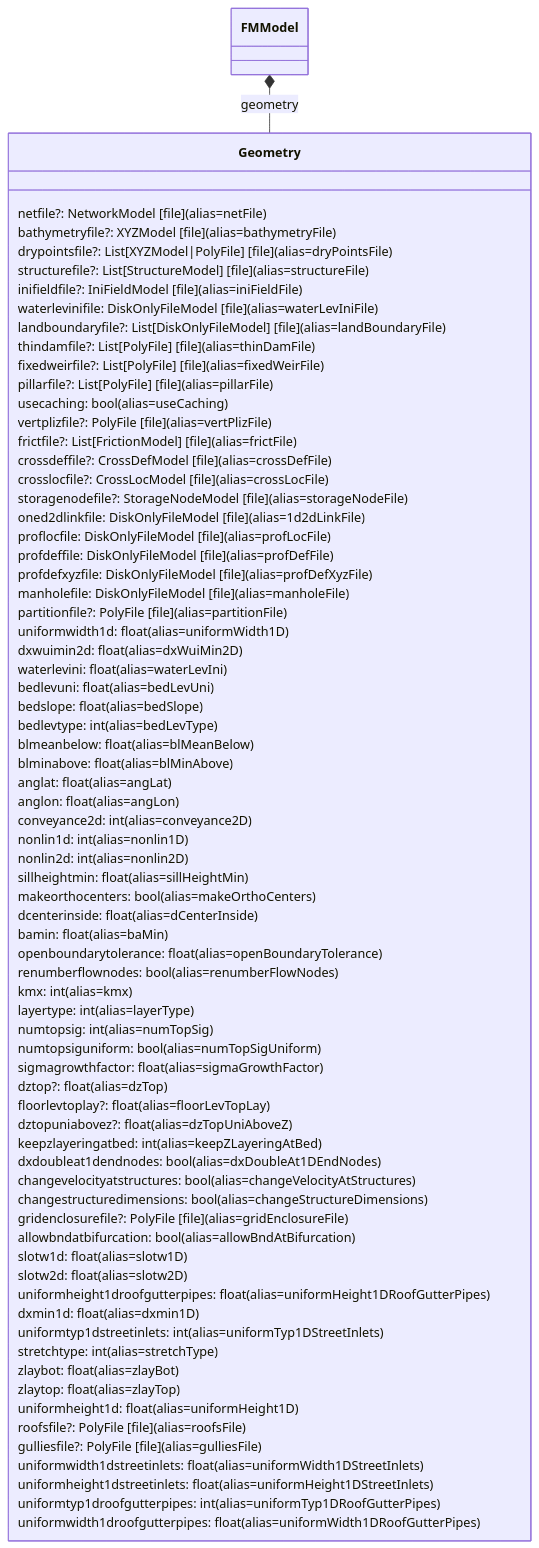
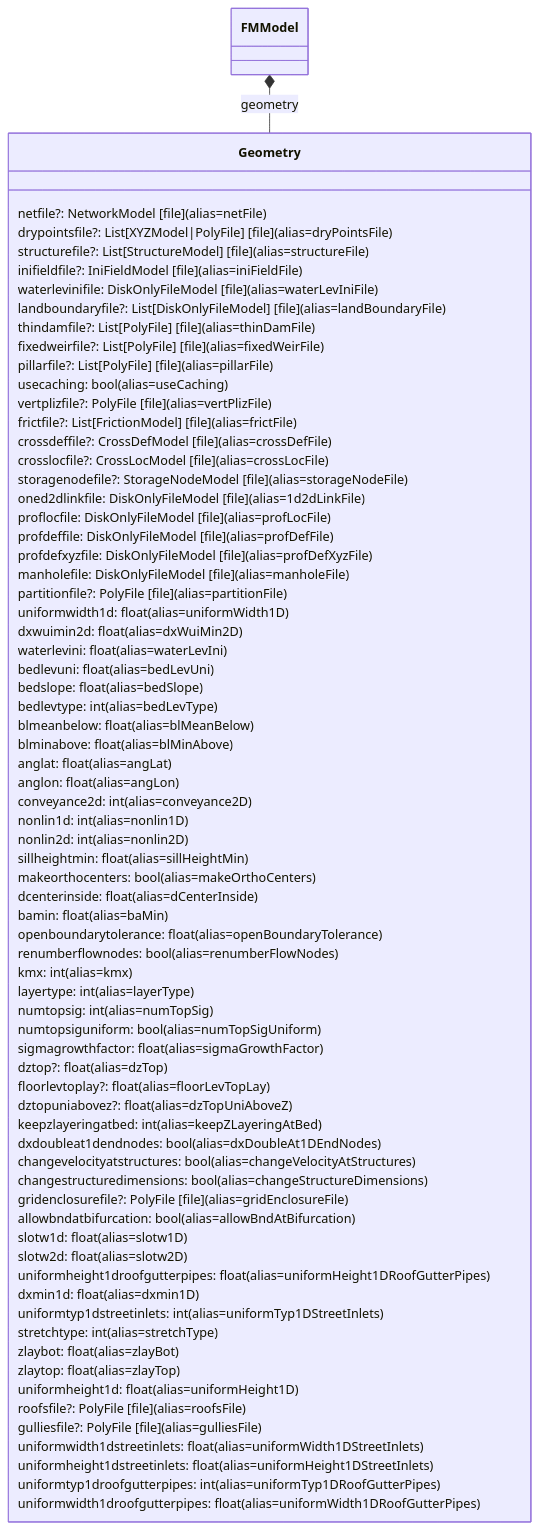
One commit to Deltares/HYDROLIB-core changed the second of 8 diagrams in docs/reference/dflowfm/mdu/fm-model-attributes-detailed.md. Above: the diagram before and after it, drawn with Mermaid. The commit also changed 1 other file, not shown here.

Commit message:
feat(models): remove deprecated 'bathymetryfile' field from model attributes

````diff
--- a/docs/reference/dflowfm/mdu/fm-model-attributes-detailed.md
+++ b/docs/reference/dflowfm/mdu/fm-model-attributes-detailed.md
@@ -129,81 +129,80 @@
 ```mermaid
 classDiagram
     direction TB
 
     class Geometry {
       netfile?: NetworkModel [file] (alias=netFile)
-      bathymetryfile?: XYZModel [file] (alias=bathymetryFile)
       drypointsfile?: List[XYZModel|PolyFile] [file] (alias=dryPointsFile)
       structurefile?: List[StructureModel] [file] (alias=structureFile)
       inifieldfile?: IniFieldModel [file] (alias=iniFieldFile)
       waterlevinifile: DiskOnlyFileModel [file] (alias=waterLevIniFile)
       landboundaryfile?: List[DiskOnlyFileModel] [file] (alias=landBoundaryFile)
       thindamfile?: List[PolyFile] [file] (alias=thinDamFile)
       fixedweirfile?: List[PolyFile] [file] (alias=fixedWeirFile)
       pillarfile?: List[PolyFile] [file] (alias=pillarFile)
       usecaching: bool (alias=useCaching)
       vertplizfile?: PolyFile [file] (alias=vertPlizFile)
       frictfile?: List[FrictionModel] [file] (alias=frictFile)
       crossdeffile?: CrossDefModel [file] (alias=crossDefFile)
       crosslocfile?: CrossLocModel [file] (alias=crossLocFile)
       storagenodefile?: StorageNodeModel [file] (alias=storageNodeFile)
       oned2dlinkfile: DiskOnlyFileModel [file] (alias=1d2dLinkFile)
       proflocfile: DiskOnlyFileModel [file] (alias=profLocFile)
       profdeffile: DiskOnlyFileModel [file] (alias=profDefFile)
       profdefxyzfile: DiskOnlyFileModel [file] (alias=profDefXyzFile)
       manholefile: DiskOnlyFileModel [file] (alias=manholeFile)
       partitionfile?: PolyFile [file] (alias=partitionFile)
       uniformwidth1d: float (alias=uniformWidth1D)
       dxwuimin2d: float (alias=dxWuiMin2D)
       waterlevini: float (alias=waterLevIni)
       bedlevuni: float (alias=bedLevUni)
       bedslope: float (alias=bedSlope)
       bedlevtype: int (alias=bedLevType)
       blmeanbelow: float (alias=blMeanBelow)
       blminabove: float (alias=blMinAbove)
       anglat: float (alias=angLat)
       anglon: float (alias=angLon)
       conveyance2d: int (alias=conveyance2D)
       nonlin1d: int (alias=nonlin1D)
       nonlin2d: int (alias=nonlin2D)
       sillheightmin: float (alias=sillHeightMin)
       makeorthocenters: bool (alias=makeOrthoCenters)
       dcenterinside: float (alias=dCenterInside)
       bamin: float (alias=baMin)
       openboundarytolerance: float (alias=openBoundaryTolerance)
       renumberflownodes: bool (alias=renumberFlowNodes)
       kmx: int (alias=kmx)
       layertype: int (alias=layerType)
       numtopsig: int (alias=numTopSig)
       numtopsiguniform: bool (alias=numTopSigUniform)
       sigmagrowthfactor: float (alias=sigmaGrowthFactor)
       dztop?: float (alias=dzTop)
       floorlevtoplay?: float (alias=floorLevTopLay)
       dztopuniabovez?: float (alias=dzTopUniAboveZ)
       keepzlayeringatbed: int (alias=keepZLayeringAtBed)
       dxdoubleat1dendnodes: bool (alias=dxDoubleAt1DEndNodes)
       changevelocityatstructures: bool (alias=changeVelocityAtStructures)
       changestructuredimensions: bool (alias=changeStructureDimensions)
       gridenclosurefile?: PolyFile [file] (alias=gridEnclosureFile)
       allowbndatbifurcation: bool (alias=allowBndAtBifurcation)
       slotw1d: float (alias=slotw1D)
       slotw2d: float (alias=slotw2D)
       uniformheight1droofgutterpipes: float (alias=uniformHeight1DRoofGutterPipes)
       dxmin1d: float (alias=dxmin1D)
       uniformtyp1dstreetinlets: int (alias=uniformTyp1DStreetInlets)
       stretchtype: int (alias=stretchType)
       zlaybot: float (alias=zlayBot)
       zlaytop: float (alias=zlayTop)
       uniformheight1d: float (alias=uniformHeight1D)
       roofsfile?: PolyFile [file] (alias=roofsFile)
       gulliesfile?: PolyFile [file] (alias=gulliesFile)
       uniformwidth1dstreetinlets: float (alias=uniformWidth1DStreetInlets)
       uniformheight1dstreetinlets: float (alias=uniformHeight1DStreetInlets)
       uniformtyp1droofgutterpipes: int (alias=uniformTyp1DRoofGutterPipes)
       uniformwidth1droofgutterpipes: float (alias=uniformWidth1DRoofGutterPipes)
     }
 
     %% Connect to FMModel like in the consolidated overview
     class FMModel
     FMModel *-- Geometry : geometry
 ```
````
